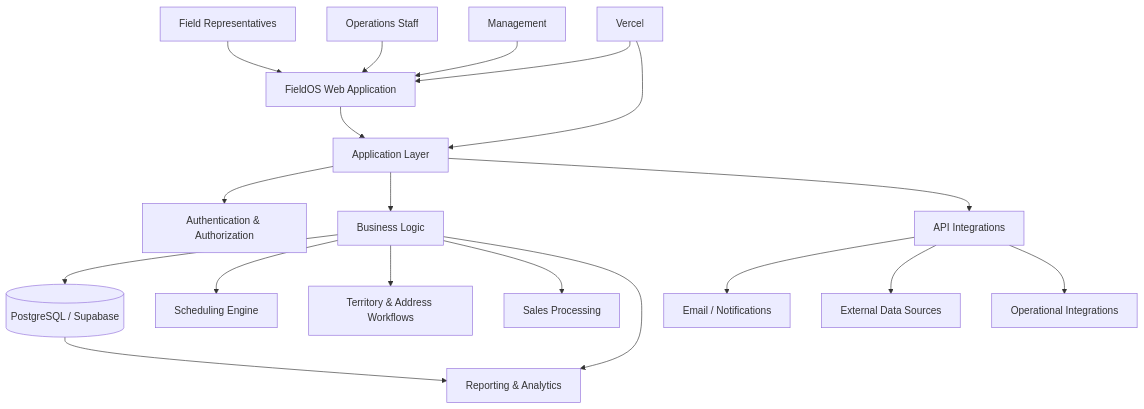
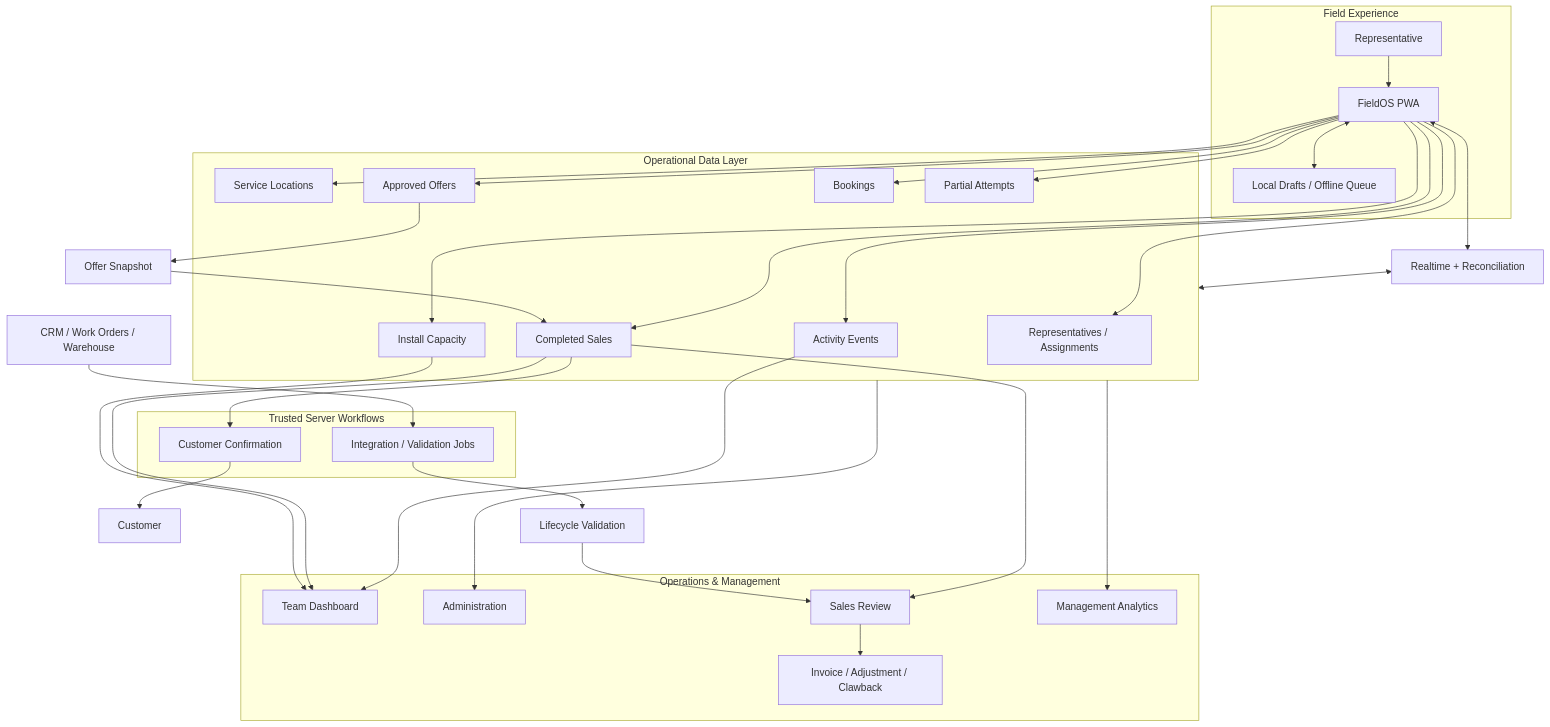
One commit to kaseypelchy-ops/fieldos-project-showcase changed the first of 3 diagrams in docs/architecture.md. Above: the diagram before and after it, drawn with Mermaid. The commit also changed other lines of this file, not shown here.

First line of the commit message:
Revise architecture document for clarity and detail

````diff
--- a/docs/architecture.md
+++ b/docs/architecture.md
@@ -17,26 +47,59 @@
 ```mermaid
 flowchart TD
-    A[Field Representatives] --> D[FieldOS Web Application]
-    B[Operations Staff] --> D
-    C[Management] --> D
+    subgraph FIELD[Field Experience]
+      REP[Representative] --> PWA[FieldOS PWA]
+      PWA <--> LOCAL[Local Drafts / Offline Queue]
+    end
 
-    D --> E[Application Layer]
-    E --> F[Authentication & Authorization]
-    E --> G[Business Logic]
-    E --> H[API Integrations]
+    subgraph DATA[Operational Data Layer]
+      PEOPLE[Representatives / Assignments]
+      LOC[Service Locations]
+      EVT[Activity Events]
+      OFFER[Approved Offers]
+      SLOT[Install Capacity]
+      BOOK[Bookings]
+      SALE[Completed Sales]
+      PARTIAL[Partial Attempts]
+    end
 
-    G --> I[(PostgreSQL / Supabase)]
-    G --> J[Scheduling Engine]
-    G --> K[Territory & Address Workflows]
-    G --> L[Sales Processing]
-    G --> M[Reporting & Analytics]
+    PWA --> PEOPLE
+    PWA --> LOC
+    PWA --> EVT
+    PWA --> OFFER
+    PWA --> SLOT
+    PWA --> BOOK
+    PWA --> SALE
+    PWA --> PARTIAL
 
-    H --> N[Email / Notifications]
-    H --> O[External Data Sources]
-    H --> P[Operational Integrations]
+    PWA <--> RT[Realtime + Reconciliation]
+    RT <--> DATA
 
-    I --> M
+    OFFER --> SNAP[Offer Snapshot]
+    SNAP --> SALE
 
-    Q[Vercel] --> D
-    Q --> E
+    subgraph SERVER[Trusted Server Workflows]
+      EMAIL[Customer Confirmation]
+      INT[Integration / Validation Jobs]
+    end
+
+    SALE --> EMAIL --> CUSTOMER[Customer]
+
+    subgraph OPS[Operations & Management]
+      TEAM[Team Dashboard]
+      ADMIN[Administration]
+      REVIEW[Sales Review]
+      FIN[Invoice / Adjustment / Clawback]
+      MGMT[Management Analytics]
+    end
+
+    EVT --> TEAM
+    SALE --> TEAM
+    SLOT --> TEAM
+    SALE --> REVIEW --> FIN
+    DATA --> ADMIN
+    DATA --> MGMT
+
+    EXT[CRM / Work Orders / Warehouse] --> INT
+    INT --> VALIDATE[Lifecycle Validation]
+    VALIDATE --> REVIEW
 ```
````
